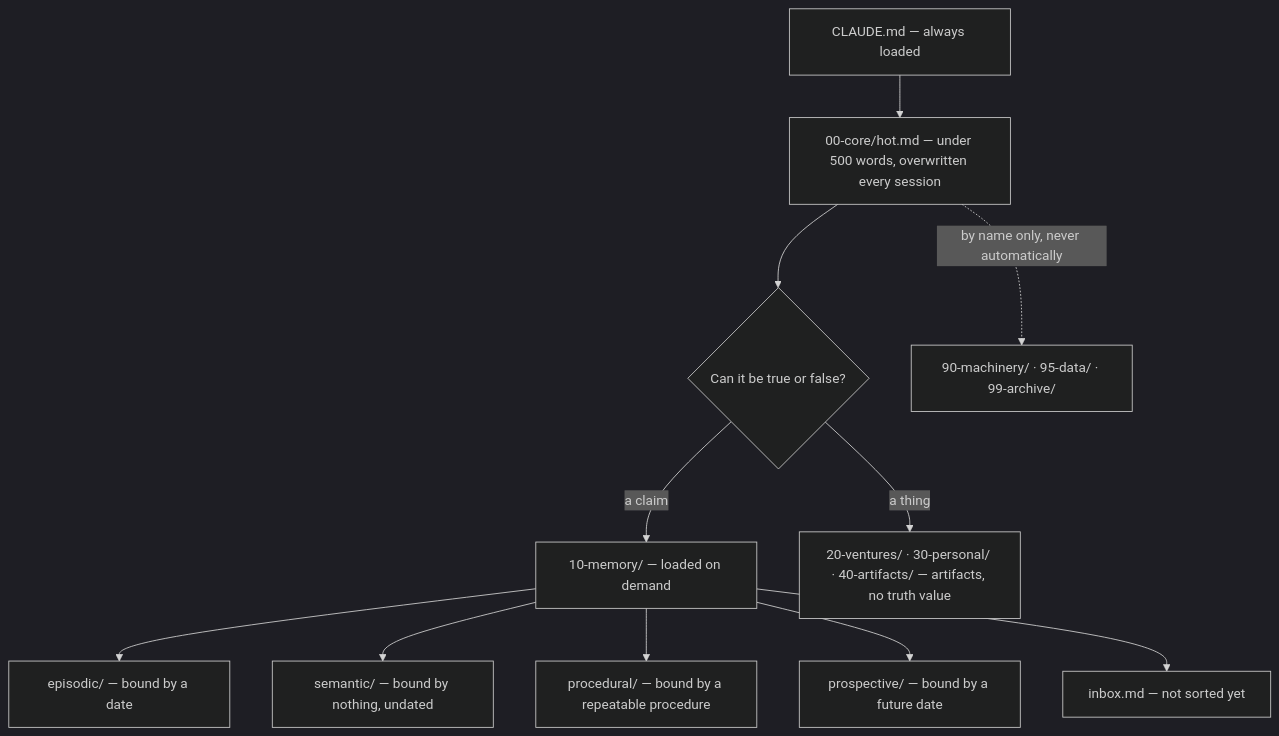
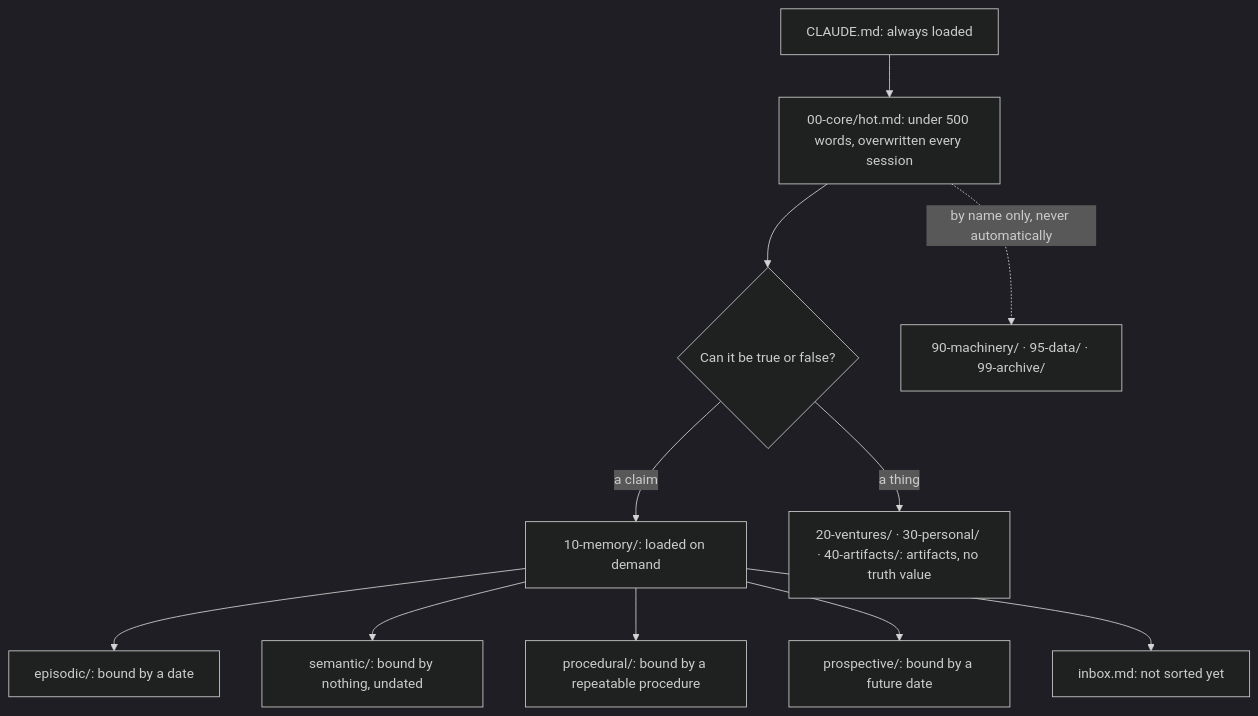
The diagram in docs/memory-model.md (pretending2bejhon/ulpia), drawn with Mermaid (dark theme) before and after one commit. The commit also changed other lines of this file and 39 other files, not shown here.

````diff
--- a/docs/memory-model.md
+++ b/docs/memory-model.md
@@ -58,13 +56,13 @@
 ```mermaid
 flowchart TD
-    A["CLAUDE.md — always loaded"] --> B["00-core/hot.md — under 500 words, overwritten every session"]
+    A["CLAUDE.md: always loaded"] --> B["00-core/hot.md: under 500 words, overwritten every session"]
     B --> C{"Can it be true or false?"}
-    C -->|a claim| M["10-memory/ — loaded on demand"]
-    C -->|a thing| K["20-ventures/ · 30-personal/ · 40-artifacts/ — artifacts, no truth value"]
-    M --> E["episodic/ — bound by a date"]
-    M --> S["semantic/ — bound by nothing, undated"]
-    M --> P["procedural/ — bound by a repeatable procedure"]
-    M --> R["prospective/ — bound by a future date"]
-    M --> I["inbox.md — not sorted yet"]
+    C -->|a claim| M["10-memory/: loaded on demand"]
+    C -->|a thing| K["20-ventures/ · 30-personal/ · 40-artifacts/: artifacts, no truth value"]
+    M --> E["episodic/: bound by a date"]
+    M --> S["semantic/: bound by nothing, undated"]
+    M --> P["procedural/: bound by a repeatable procedure"]
+    M --> R["prospective/: bound by a future date"]
+    M --> I["inbox.md: not sorted yet"]
     B -.->|by name only, never automatically| N["90-machinery/ · 95-data/ · 99-archive/"]
 ```
````
